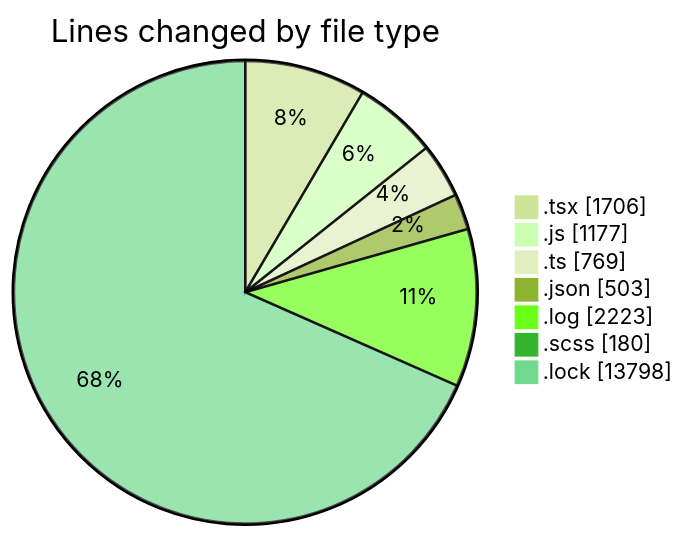
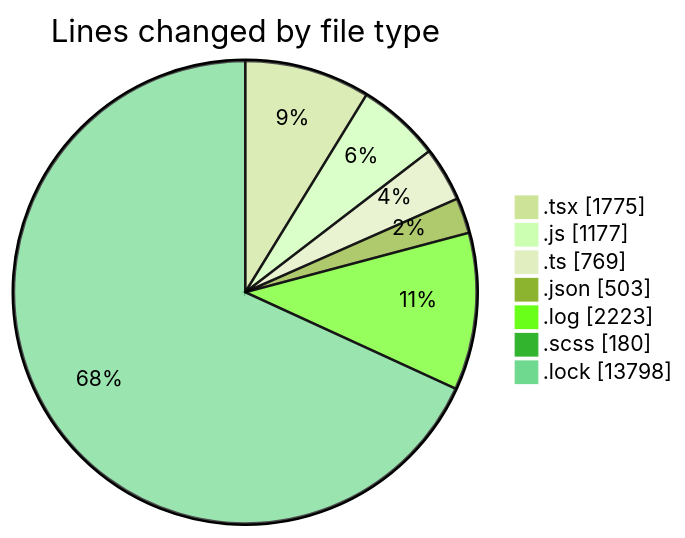
One commit to momahboobian/code-tracking changed the first of 2 diagrams in 2026-04-17/cda/README.md. Above: the diagram before and after it, drawn with Mermaid (forest theme). The commit also changed other lines of this file and 1 other file, not shown here.

````diff
--- a/2026-04-17/cda/README.md
+++ b/2026-04-17/cda/README.md
@@ -45,11 +45,11 @@
 ```mermaid
 pie showData
 title Lines changed by file type
-".tsx" : 1706
+".tsx" : 1775
 ".js" : 1177
 ".ts" : 769
 ".json" : 503
 ".log" : 2223
 ".scss" : 180
 ".lock" : 13798
 ```
````
